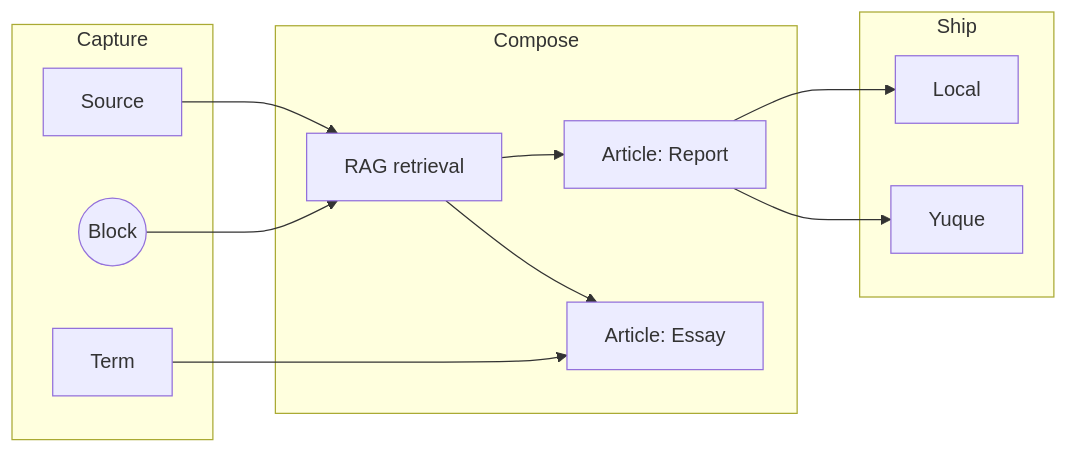
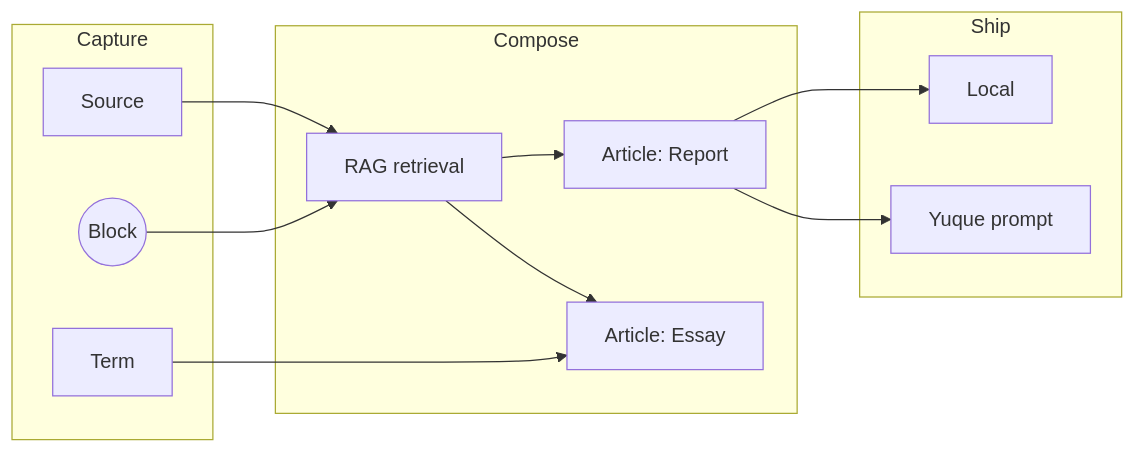
One commit to alswl/mind-forge changed the first of 2 diagrams in README.md. Above: the diagram before and after it, drawn with Mermaid. The commit also changed other lines of this file, not shown here.

````diff
--- a/README.md
+++ b/README.md
@@ -25,24 +44,24 @@
 ```mermaid
 flowchart LR
   subgraph Capture
     S[Source]
     B((Block))
     T[Term]
   end
   subgraph Compose
     R[RAG retrieval]
     A1[Article: Report]
     A2[Article: Essay]
   end
   subgraph Ship
     P1[Local]
-    P2[Yuque]
+    P2[Yuque prompt]
   end
   S --> R
   B --> R
   T --> A2
   R --> A1
   R --> A2
   A1 --> P1
   A1 --> P2
 ```
````
